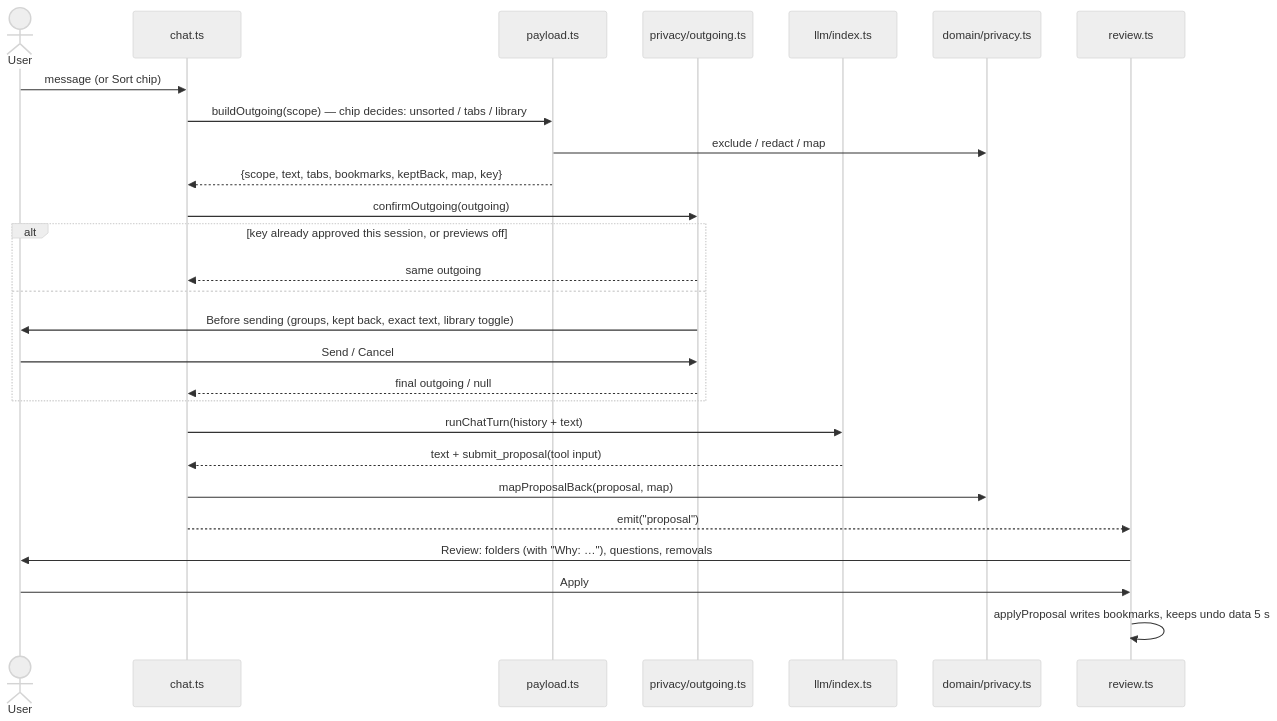
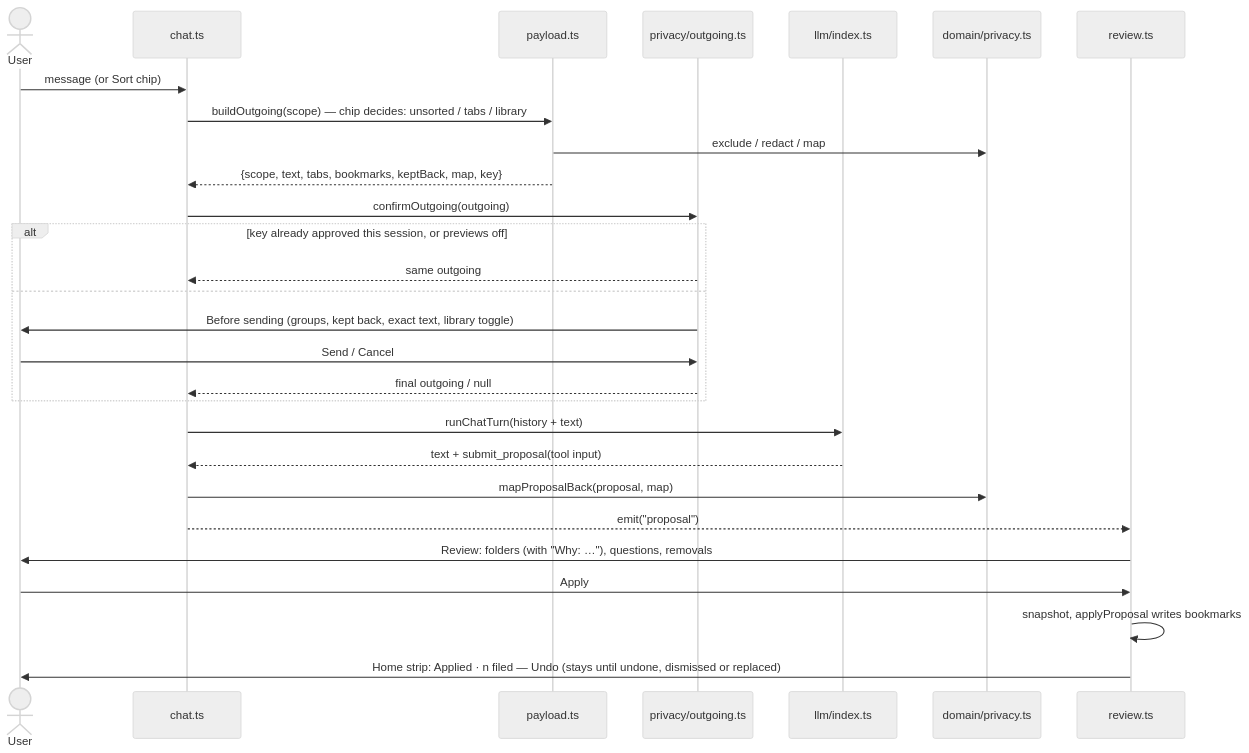
One commit to KucherenkoSerhiy/tab-librarian changed the third of 5 diagrams in docs/ARCHITECTURE.md. Above: the diagram before and after it, drawn with Mermaid (neutral theme). The commit also changed 8 other files, not shown here.

First line of the commit message:
Undo after Apply stays on Home until undone, dismissed or replaced

````diff
--- a/docs/ARCHITECTURE.md
+++ b/docs/ARCHITECTURE.md
@@ -104,30 +104,31 @@
 ```mermaid
 sequenceDiagram
   actor U as User
   participant C as chat.ts
   participant P as payload.ts
   participant O as privacy/outgoing.ts
   participant L as llm/index.ts
   participant D as domain/privacy.ts
   participant R as review.ts
 
   U->>C: message (or Sort chip)
   C->>P: buildOutgoing(scope) — chip decides: unsorted / tabs / library
   P->>D: exclude / redact / map
   P-->>C: {scope, text, tabs, bookmarks, keptBack, map, key}
   C->>O: confirmOutgoing(outgoing)
   alt key already approved this session, or previews off
     O-->>C: same outgoing
   else
     O->>U: Before sending (groups, kept back, exact text, library toggle)
     U->>O: Send / Cancel
     O-->>C: final outgoing / null
   end
   C->>L: runChatTurn(history + text)
   L-->>C: text + submit_proposal(tool input)
   C->>D: mapProposalBack(proposal, map)
   C-->>R: emit("proposal")
   R->>U: Review: folders (with "Why: …"), questions, removals
   U->>R: Apply
-  R->>R: applyProposal writes bookmarks, keeps undo data 5 s
+  R->>R: snapshot, applyProposal writes bookmarks
+  R->>U: Home strip: Applied · n filed — Undo (stays until undone, dismissed or replaced)
 ```
````
